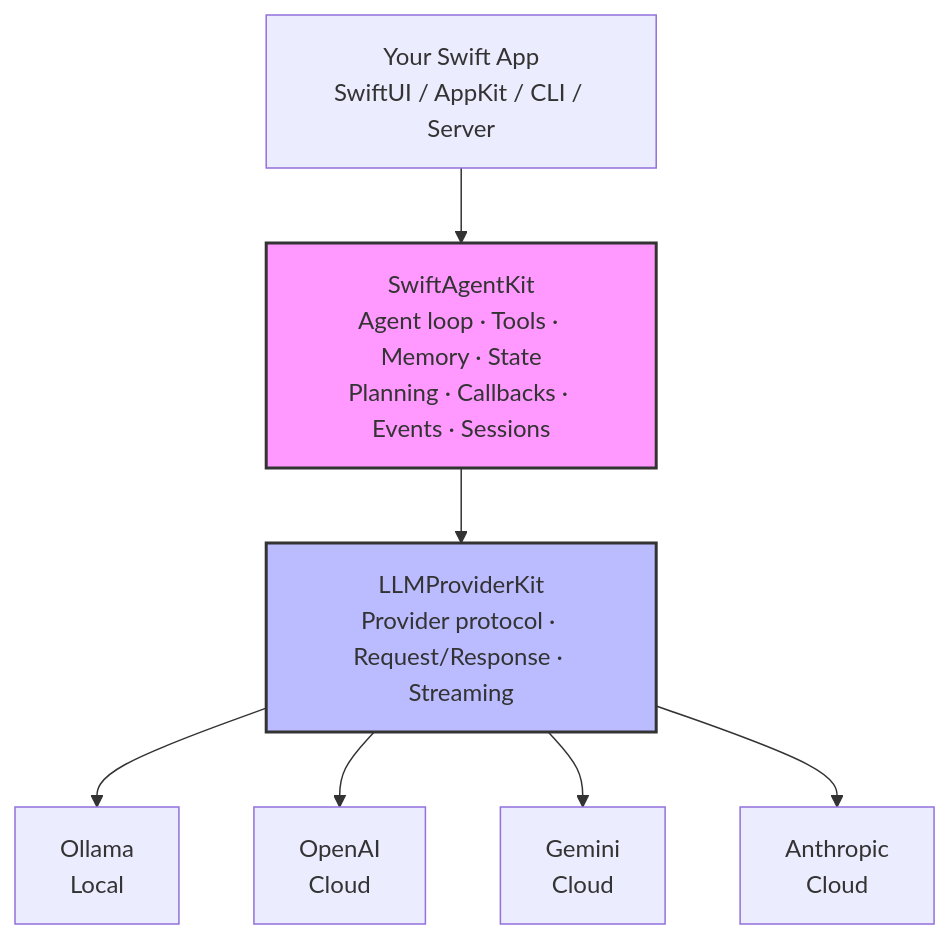
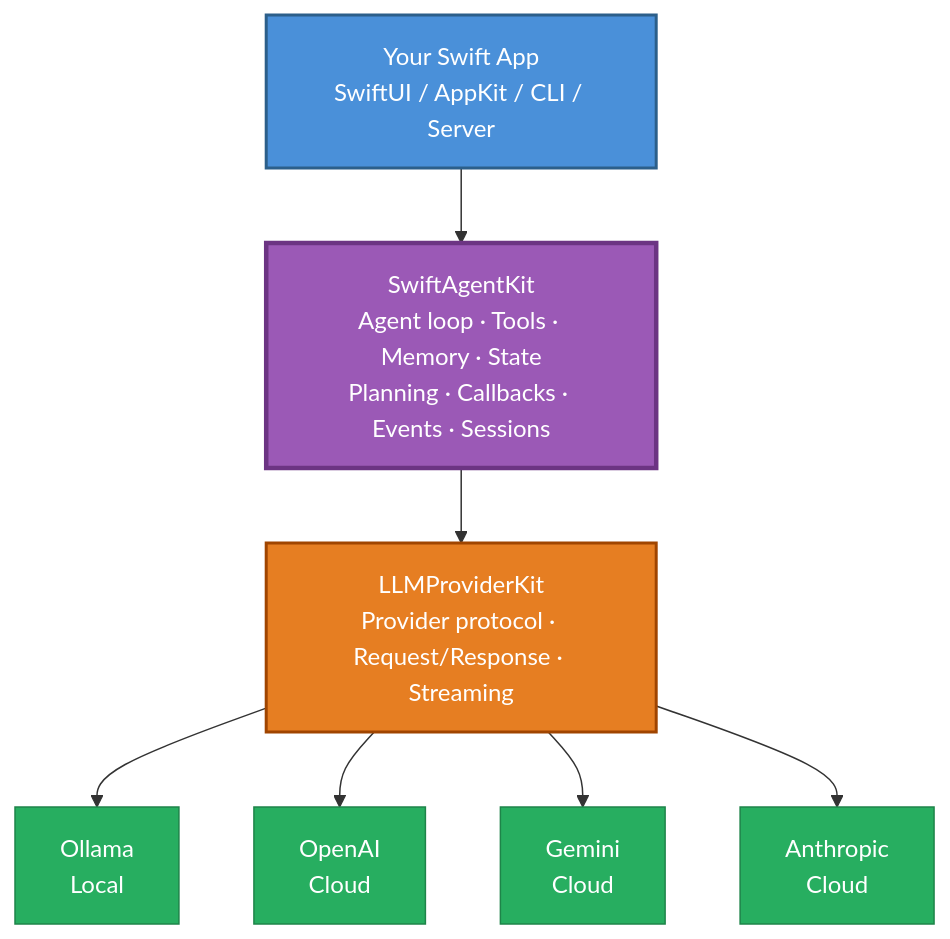
Before and after one commit to ayman3000/SwiftAgentKit: the first of 5 diagrams in README.md, drawn with Mermaid. The commit also changed other lines of this file, not shown here.

Commit message:
docs: polish pass — Who is this for, 10-sec overview, semantic diagram colors, conservative comparison table, quick demo

````diff
--- a/README.md
+++ b/README.md
@@ -141,20 +217,25 @@
 ```mermaid
 graph TD
     APP["Your Swift App<br/>SwiftUI / AppKit / CLI / Server"]
     SAK["SwiftAgentKit<br/>Agent loop · Tools · Memory · State<br/>Planning · Callbacks · Events · Sessions"]
     LPK["LLMProviderKit<br/>Provider protocol · Request/Response · Streaming"]
     OLLAMA["Ollama<br/>Local"]
     OPENAI["OpenAI<br/>Cloud"]
     GEMINI["Gemini<br/>Cloud"]
     ANTHROPIC["Anthropic<br/>Cloud"]
 
     APP --> SAK
     SAK --> LPK
     LPK --> OLLAMA
     LPK --> OPENAI
     LPK --> GEMINI
     LPK --> ANTHROPIC
 
-    style SAK fill:#f9f,stroke:#333,stroke-width:2px
-    style LPK fill:#bbf,stroke:#333,stroke-width:2px
+    style APP fill:#4A90D9,stroke:#2C5F8A,stroke-width:2px,color:#fff
+    style SAK fill:#9B59B6,stroke:#6C3483,stroke-width:3px,color:#fff
+    style LPK fill:#E67E22,stroke:#A04500,stroke-width:2px,color:#fff
+    style OLLAMA fill:#27AE60,stroke:#1E8449,stroke-width:1px,color:#fff
+    style OPENAI fill:#27AE60,stroke:#1E8449,stroke-width:1px,color:#fff
+    style GEMINI fill:#27AE60,stroke:#1E8449,stroke-width:1px,color:#fff
+    style ANTHROPIC fill:#27AE60,stroke:#1E8449,stroke-width:1px,color:#fff
 ```
````
